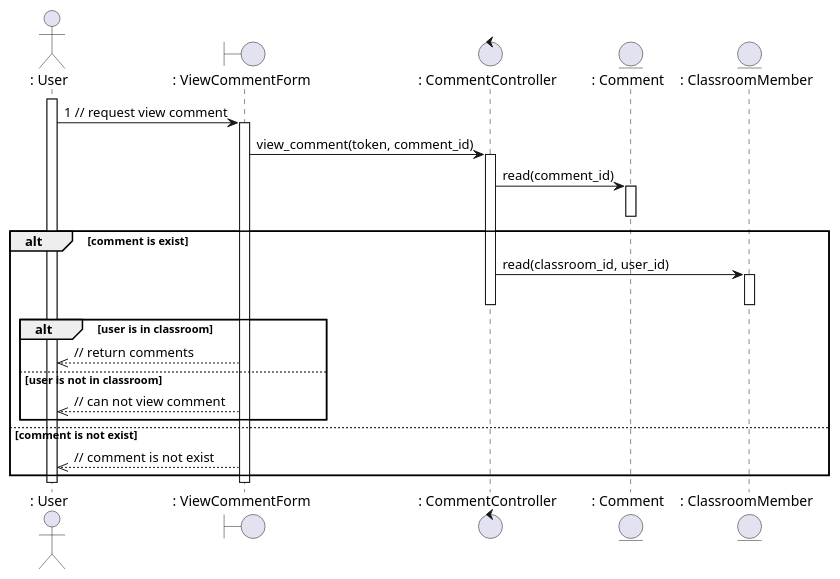
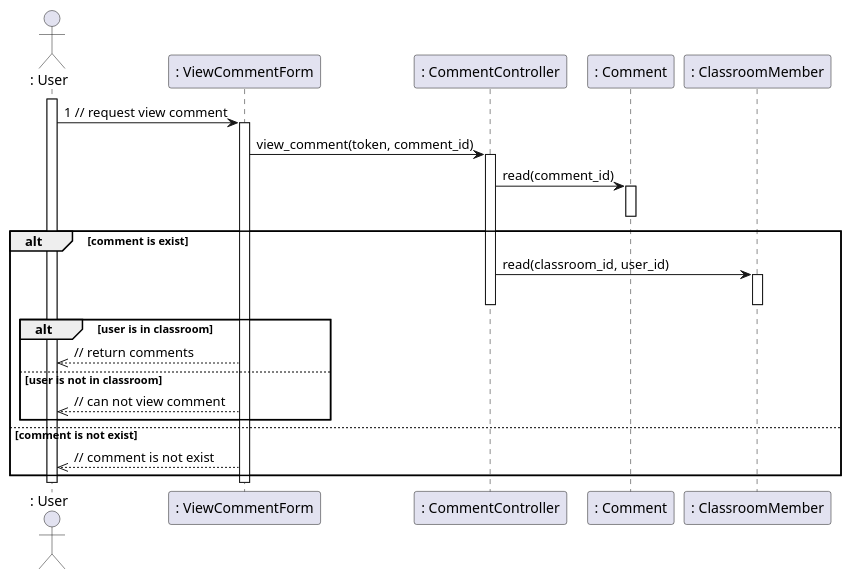
Before and after one commit to anonyhostvn/OOAD-Diagram: the diagram in sequence - design/comment/viewComment.plantuml, drawn with PlantUML. The commit also changed 7 other files, not shown here.

Commit message:
fix sequence design actor icon

```diff
--- a/sequence - design/comment/viewComment.plantuml
+++ b/sequence - design/comment/viewComment.plantuml
@@ -1,38 +1,34 @@
 @startuml viewComment
 
 actor ": User"
-boundary ": ViewCommentForm"
-control ": CommentController"
-entity ": Comment"
-entity ": ClassroomMember"
 
 activate ": User"
 
 ": User" -> ": ViewCommentForm": 1 // request view comment 
 activate ": ViewCommentForm"
 ": ViewCommentForm" -> ": CommentController": view_comment(token, comment_id)
 activate ": CommentController"
 ": CommentController" -> ": Comment": read(comment_id)
 activate ": Comment"
 deactivate ": Comment"
 
 alt comment is exist
     ": CommentController" -> ": ClassroomMember": read(classroom_id, user_id)
     activate ": ClassroomMember"
     deactivate ": CommentController"
     deactivate ": ClassroomMember"
     alt user is in classroom
         ": ViewCommentForm" -->> ": User": // return comments
     else user is not in classroom
         ": ViewCommentForm" -->> ": User": // can not view comment
     end
 else comment is not exist
         ": ViewCommentForm" -->> ": User": // comment is not exist
 end
 
 
 deactivate ": User"
 deactivate ": ViewCommentForm"
 
 
 @enduml
```
